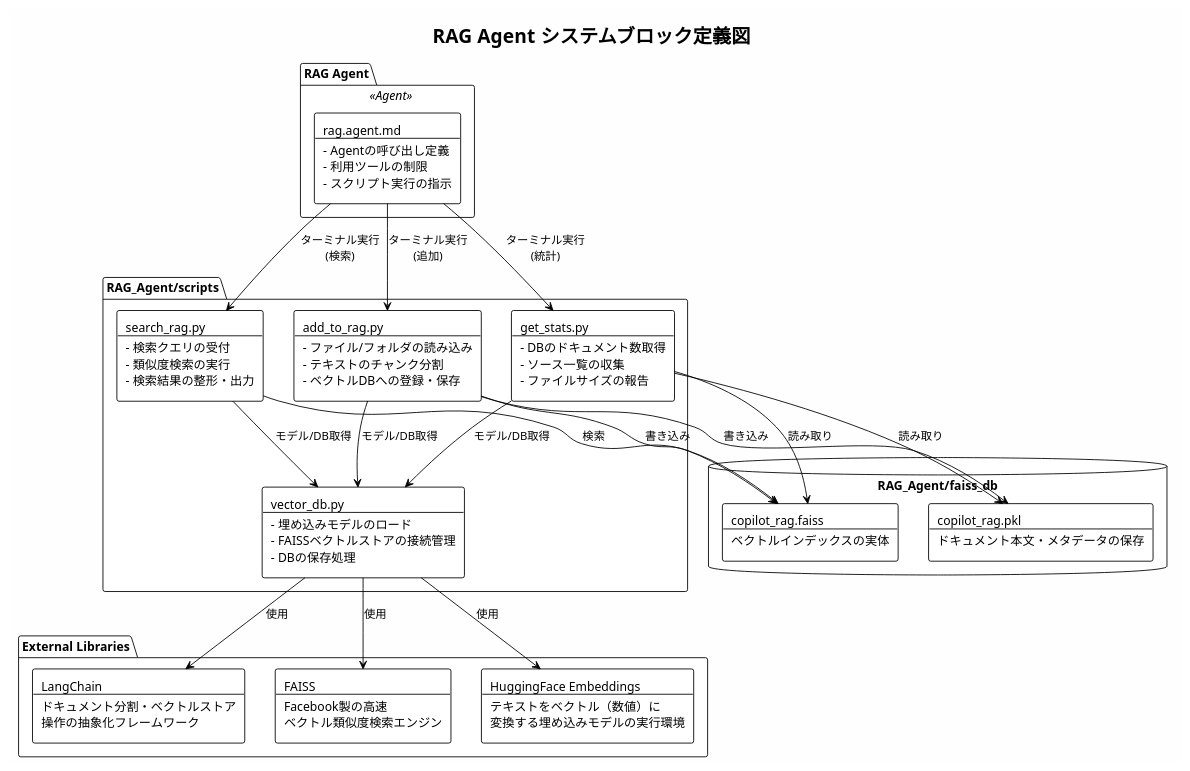
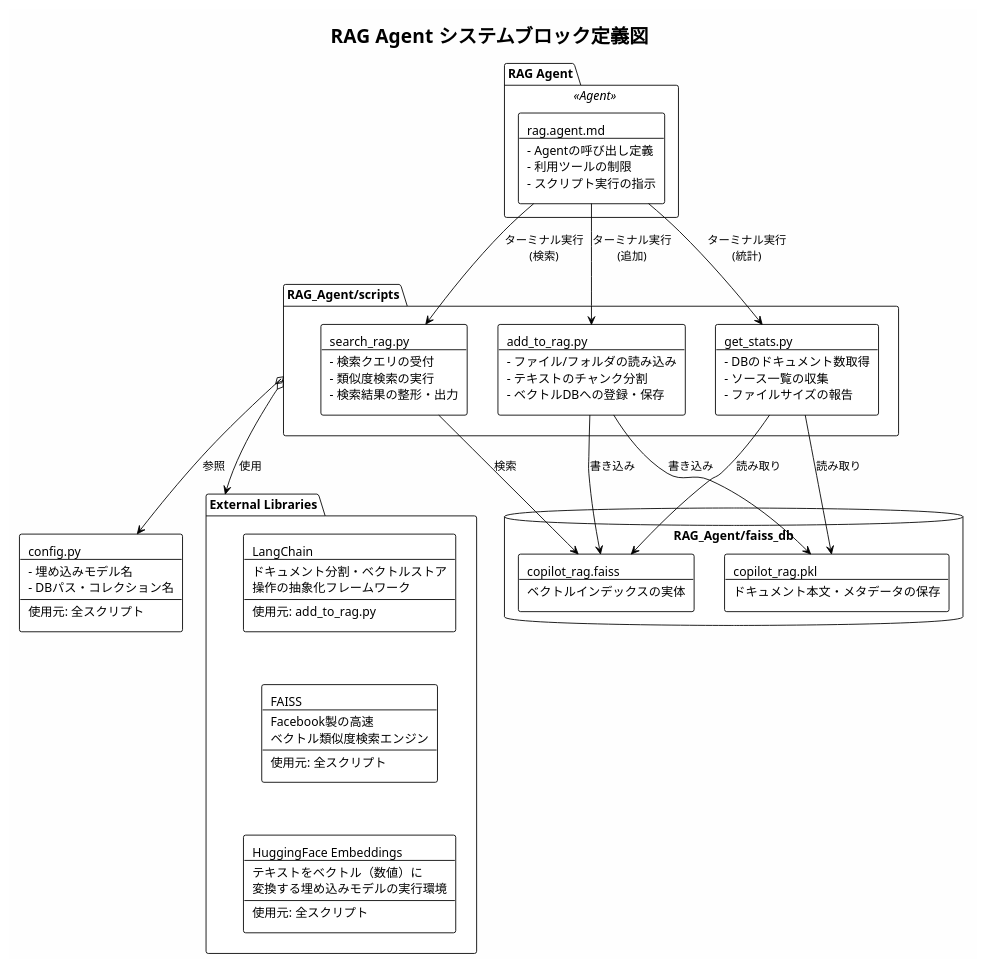
Before and after one commit to Yuki118704/VScRAG_Sys: the diagram in Design/rag_agent_block_diagram.puml, drawn with PlantUML. The commit also changed 8 other files, not shown here.

Commit message:
ブロック定義図更新

```diff
--- a/Design/rag_agent_block_diagram.puml
+++ b/Design/rag_agent_block_diagram.puml
@@ -1,53 +1,54 @@
 @startuml RAG_Agent_Block_Diagram
 !theme plain
 skinparam backgroundColor #FEFEFE
 skinparam componentStyle rectangle
 
 title RAG Agent システムブロック定義図
 
 package "RAG Agent" as agent_pkg <<Agent>> {
     rectangle "rag.agent.md\n--\n- Agentの呼び出し定義\n- 利用ツールの制限\n- スクリプト実行の指示" as agent_def
 }
 
 package "RAG_Agent/scripts" as scripts {
     rectangle "search_rag.py\n--\n- 検索クエリの受付\n- 類似度検索の実行\n- 検索結果の整形・出力" as search_script
     rectangle "add_to_rag.py\n--\n- ファイル/フォルダの読み込み\n- テキストのチャンク分割\n- ベクトルDBへの登録・保存" as add_script
     rectangle "get_stats.py\n--\n- DBのドキュメント数取得\n- ソース一覧の収集\n- ファイルサイズの報告" as stats_script
-    rectangle "vector_db.py\n--\n- 埋め込みモデルのロード\n- FAISSベクトルストアの接続管理\n- DBの保存処理" as vector_db
 }
 
+rectangle "config.py\n--\n- 埋め込みモデル名\n- DBパス・コレクション名\n--\n使用元: 全スクリプト" as config
+
 package "External Libraries" as libs {
-    rectangle "LangChain\n--\nドキュメント分割・ベクトルストア\n操作の抽象化フレームワーク" as langchain
-    rectangle "FAISS\n--\nFacebook製の高速\nベクトル類似度検索エンジン" as faiss_lib
-    rectangle "HuggingFace Embeddings\n--\nテキストをベクトル（数値）に\n変換する埋め込みモデルの実行環境" as hf
+    rectangle "LangChain\n--\nドキュメント分割・ベクトルストア\n操作の抽象化フレームワーク\n--\n使用元: add_to_rag.py" as langchain
+    rectangle "FAISS\n--\nFacebook製の高速\nベクトル類似度検索エンジン\n--\n使用元: 全スクリプト" as faiss_lib
+    rectangle "HuggingFace Embeddings\n--\nテキストをベクトル（数値）に\n変換する埋め込みモデルの実行環境\n--\n使用元: 全スクリプト" as hf
+    langchain -[hidden]down-> faiss_lib
+    faiss_lib -[hidden]down-> hf
 }
 
 database "RAG_Agent/faiss_db" as db {
     rectangle "copilot_rag.faiss\n--\nベクトルインデックスの実体" as faiss_index
     rectangle "copilot_rag.pkl\n--\nドキュメント本文・メタデータの保存" as docstore
 }
 
 
+' ①関連: Agent → Scripts（実行依存）
 agent_def --> search_script : ターミナル実行\n(検索)
 agent_def --> add_script : ターミナル実行\n(追加)
 agent_def --> stats_script : ターミナル実行\n(統計)
 
-' スクリプト → vector_db（モデル/DB接続取得）
-search_script --> vector_db : モデル/DB取得
-add_script --> vector_db : モデル/DB取得
-stats_script --> vector_db : モデル/DB取得
 
-' スクリプト → データベース（直接操作）
+' ①関連: Scripts → DB（直接操作）
 search_script --> faiss_index : 検索
 add_script --> faiss_index : 書き込み
 add_script --> docstore : 書き込み
 stats_script --> faiss_index : 読み取り
 stats_script --> docstore : 読み取り
 
-' vector_db → 外部ライブラリ
-vector_db --> langchain : 使用
-vector_db --> faiss_lib : 使用
-vector_db --> hf : 使用
+' ③共有関連: スクリプト → 外部ライブラリ（複数スクリプトが共有）
+scripts o--> libs : 使用
+
+' ③共有関連: スクリプト → 設定ファイル（複数スクリプトが共有）
+scripts o--> config : 参照
 
 
 @enduml
```
